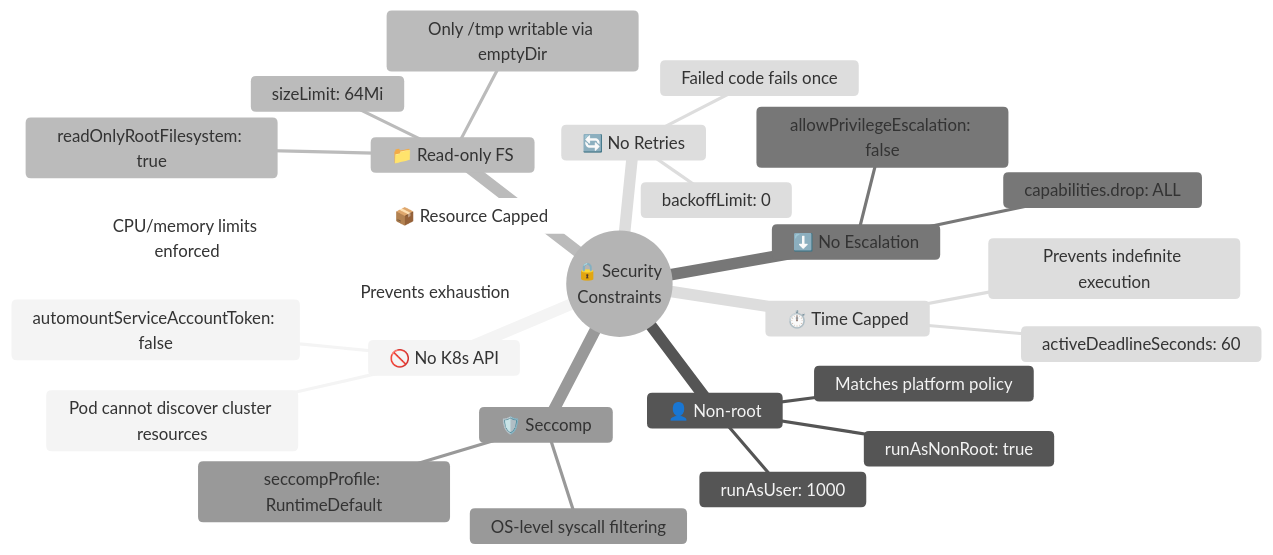
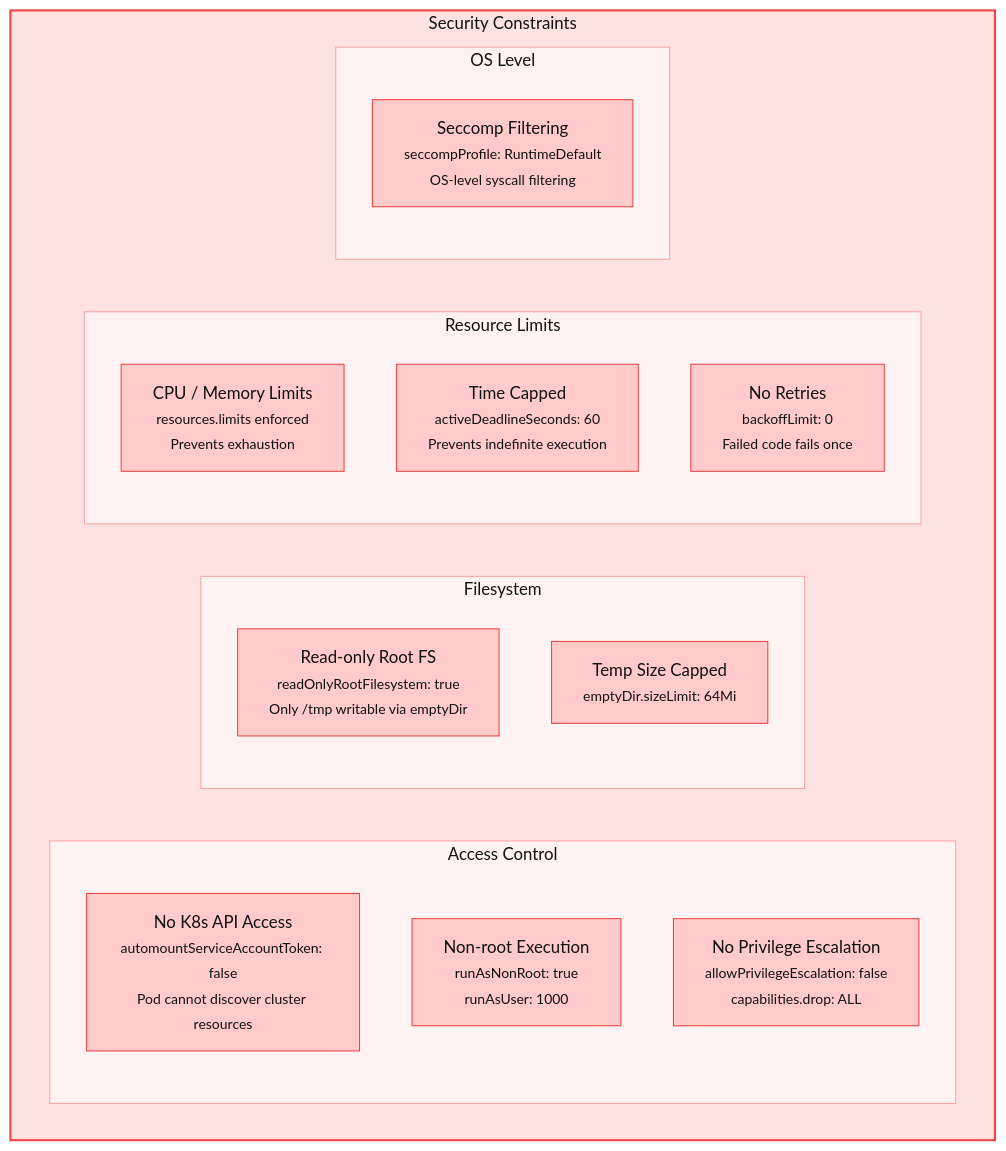
Before and after one commit to redhat-data-and-ai/template-agent: the seventh of 25 diagrams in docs/superpowers/specs/2026-07-13-code-execution-middleware-design.md, drawn with Mermaid (neutral theme). The commit also changed other lines of this file, not shown here.

Commit message:
fix(docs): fix Mermaid syntax errors in security, state diagram, and gantt chart

````diff
--- a/docs/superpowers/specs/2026-07-13-code-execution-middleware-design.md
+++ b/docs/superpowers/specs/2026-07-13-code-execution-middleware-design.md
@@ -502,30 +502,41 @@
 ```mermaid
-mindmap
-    root(("🔒 Security<br/>Constraints"))
-        🚫 No K8s API
-            automountServiceAccountToken: false
-            Pod cannot discover cluster resources
-        👤 Non-root
-            runAsNonRoot: true
-            runAsUser: 1000
-            Matches platform policy
-        📁 Read-only FS
-            readOnlyRootFilesystem: true
-            Only /tmp writable via emptyDir
-            sizeLimit: 64Mi
-        ⬇️ No Escalation
-            allowPrivilegeEscalation: false
-            capabilities.drop: ALL
-        🛡️ Seccomp
-            seccompProfile: RuntimeDefault
-            OS-level syscall filtering
-        ⏱️ Time Capped
-            activeDeadlineSeconds: 60
-            Prevents indefinite execution
-        📦 Resource Capped
-            CPU/memory limits enforced
-            Prevents exhaustion
-        🔄 No Retries
-            backoffLimit: 0
-            Failed code fails once
+flowchart TB
+    subgraph security["Security Constraints"]
+        style security fill:#fee2e2,stroke:#ef4444,stroke-width:2px,color:#111
+
+        subgraph access["Access Control"]
+            style access fill:#fef2f2,stroke:#fca5a5,stroke-width:1px,color:#111
+            A1["No K8s API Access<br/><small>automountServiceAccountToken: false<br/>Pod cannot discover cluster resources</small>"]
+            A2["Non-root Execution<br/><small>runAsNonRoot: true<br/>runAsUser: 1000</small>"]
+            A3["No Privilege Escalation<br/><small>allowPrivilegeEscalation: false<br/>capabilities.drop: ALL</small>"]
+        end
+
+        subgraph filesystem["Filesystem"]
+            style filesystem fill:#fef2f2,stroke:#fca5a5,stroke-width:1px,color:#111
+            F1["Read-only Root FS<br/><small>readOnlyRootFilesystem: true<br/>Only /tmp writable via emptyDir</small>"]
+            F2["Temp Size Capped<br/><small>emptyDir.sizeLimit: 64Mi</small>"]
+        end
+
+        subgraph limits["Resource Limits"]
+            style limits fill:#fef2f2,stroke:#fca5a5,stroke-width:1px,color:#111
+            L1["CPU / Memory Limits<br/><small>resources.limits enforced<br/>Prevents exhaustion</small>"]
+            L2["Time Capped<br/><small>activeDeadlineSeconds: 60<br/>Prevents indefinite execution</small>"]
+            L3["No Retries<br/><small>backoffLimit: 0<br/>Failed code fails once</small>"]
+        end
+
+        subgraph os["OS Level"]
+            style os fill:#fef2f2,stroke:#fca5a5,stroke-width:1px,color:#111
+            O1["Seccomp Filtering<br/><small>seccompProfile: RuntimeDefault<br/>OS-level syscall filtering</small>"]
+        end
+    end
+
+    style A1 fill:#fecaca,stroke:#ef4444,color:#111
+    style A2 fill:#fecaca,stroke:#ef4444,color:#111
+    style A3 fill:#fecaca,stroke:#ef4444,color:#111
+    style F1 fill:#fecaca,stroke:#ef4444,color:#111
+    style F2 fill:#fecaca,stroke:#ef4444,color:#111
+    style L1 fill:#fecaca,stroke:#ef4444,color:#111
+    style L2 fill:#fecaca,stroke:#ef4444,color:#111
+    style L3 fill:#fecaca,stroke:#ef4444,color:#111
+    style O1 fill:#fecaca,stroke:#ef4444,color:#111
 ```
````
